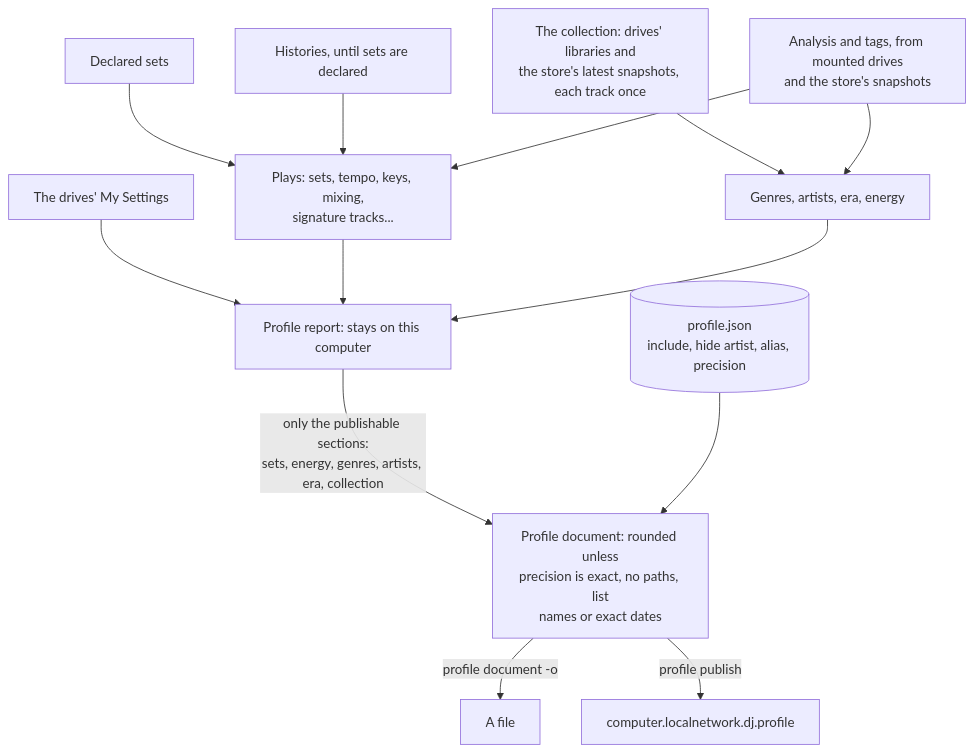
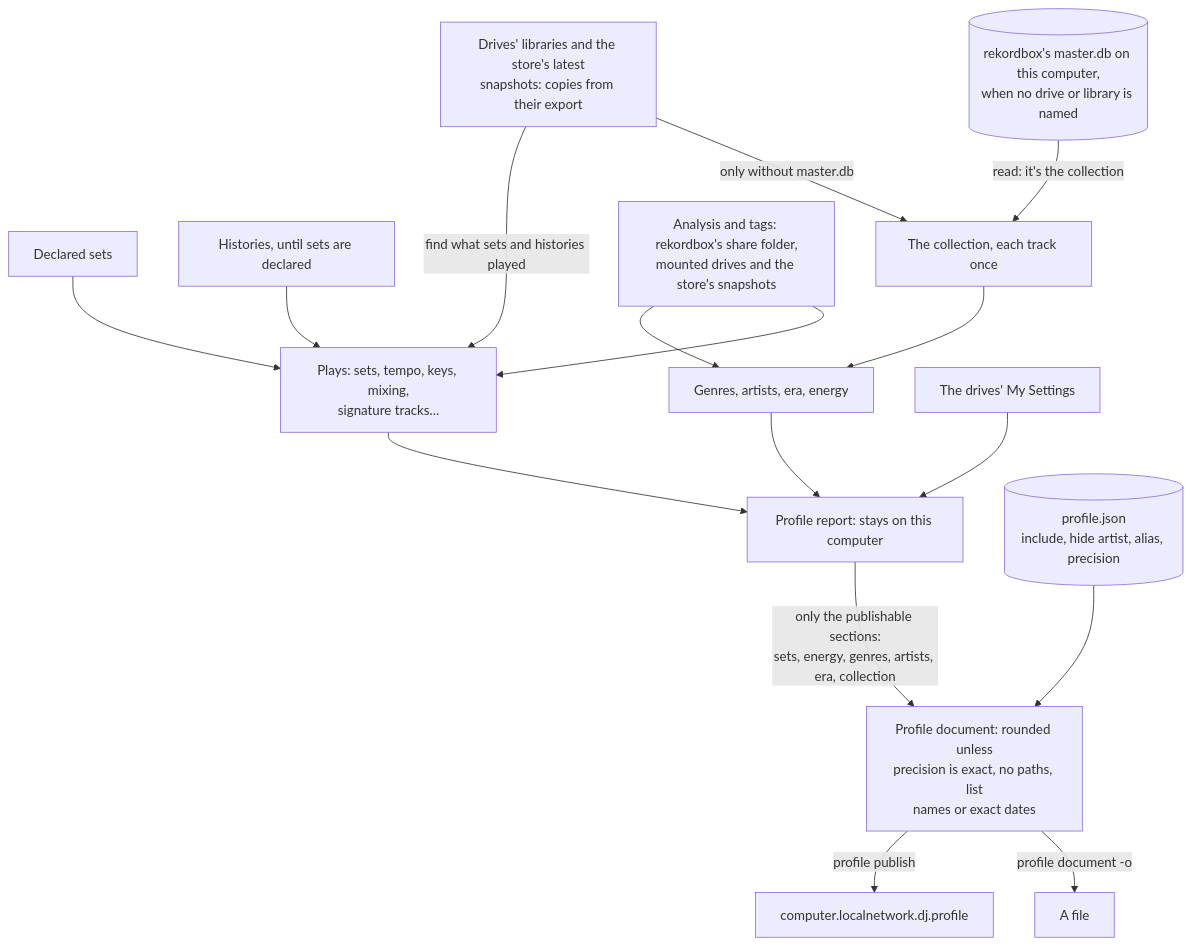
The ninth of 10 diagrams in apps/locallibrary/docs/diagrams/data.md (cutenode/localnetwork), drawn with Mermaid before and after one commit. The commit also changed other lines of this file and 14 other files, not shown here.

First line of the commit message:
feat(locallibrary): count rekordbox's collection on this computer in the DJ profile

````diff
--- a/apps/locallibrary/docs/diagrams/data.md
+++ b/apps/locallibrary/docs/diagrams/data.md
@@ -168,15 +168,18 @@
 ```mermaid
 flowchart TD
     sets["Declared sets"] --> plays["Plays: sets, tempo, keys, mixing,<br/>signature tracks..."]
     sessions["Histories, until sets are declared"] --> plays
-    collection["The collection: drives' libraries and<br/>the store's latest snapshots, each track once"] --> owned["Genres, artists, era, energy"]
-    analysis["Analysis and tags, from mounted drives<br/>and the store's snapshots"] --> plays
+    masterdb[("rekordbox's master.db on this computer,<br/>when no drive or library is named")] -->|"read: it's the collection"| collection
+    copies["Drives' libraries and the store's latest<br/>snapshots: copies from their export"] -->|"only without master.db"| collection
+    copies -->|"find what sets and histories played"| plays
+    collection["The collection, each track once"] --> owned["Genres, artists, era, energy"]
+    analysis["Analysis and tags: rekordbox's share folder,<br/>mounted drives and the store's snapshots"] --> plays
     analysis --> owned
     settings["The drives' My Settings"] --> report["Profile report: stays on this computer"]
     plays --> report
     owned --> report
     report -->|"only the publishable sections:<br/>sets, energy, genres, artists, era, collection"| document["Profile document: rounded unless<br/>precision is exact, no paths, list<br/>names or exact dates"]
     prefs[("profile.json<br/>include, hide artist, alias, precision")] --> document
     document -->|"profile document -o"| file["A file"]
     document -->|"profile publish"| account["computer.localnetwork.dj.profile"]
 ```
````
